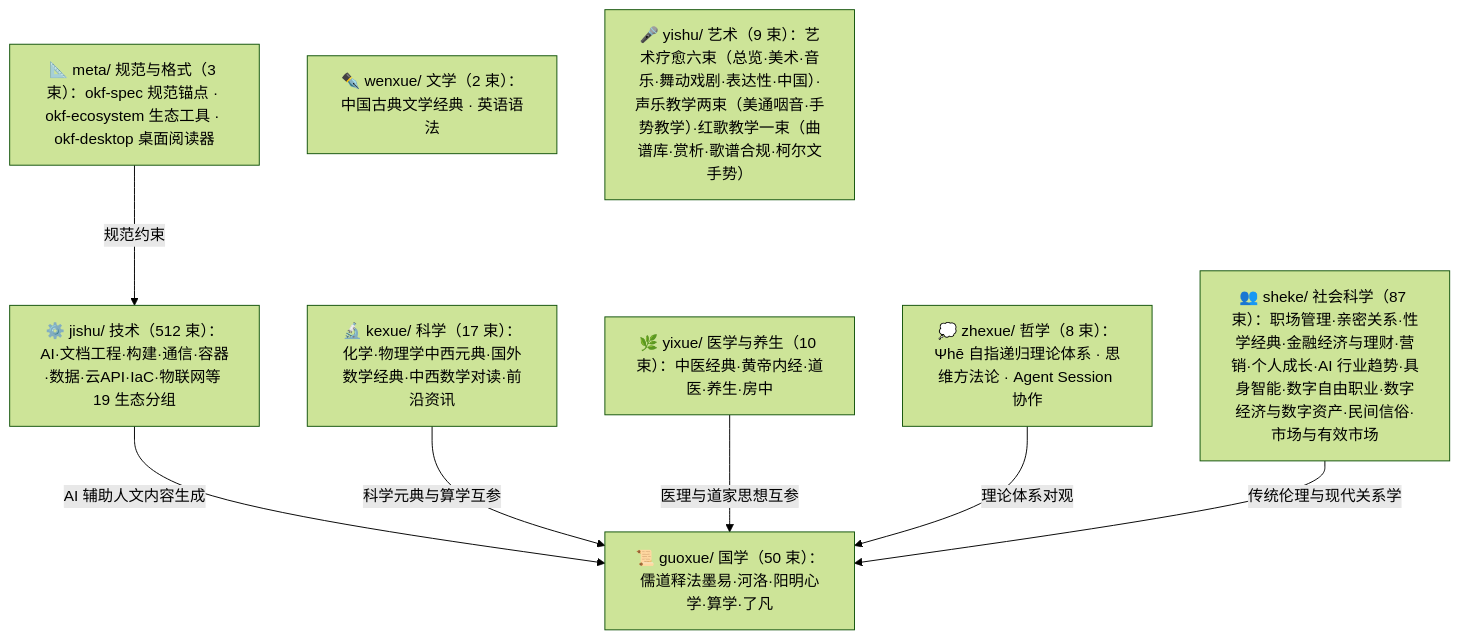
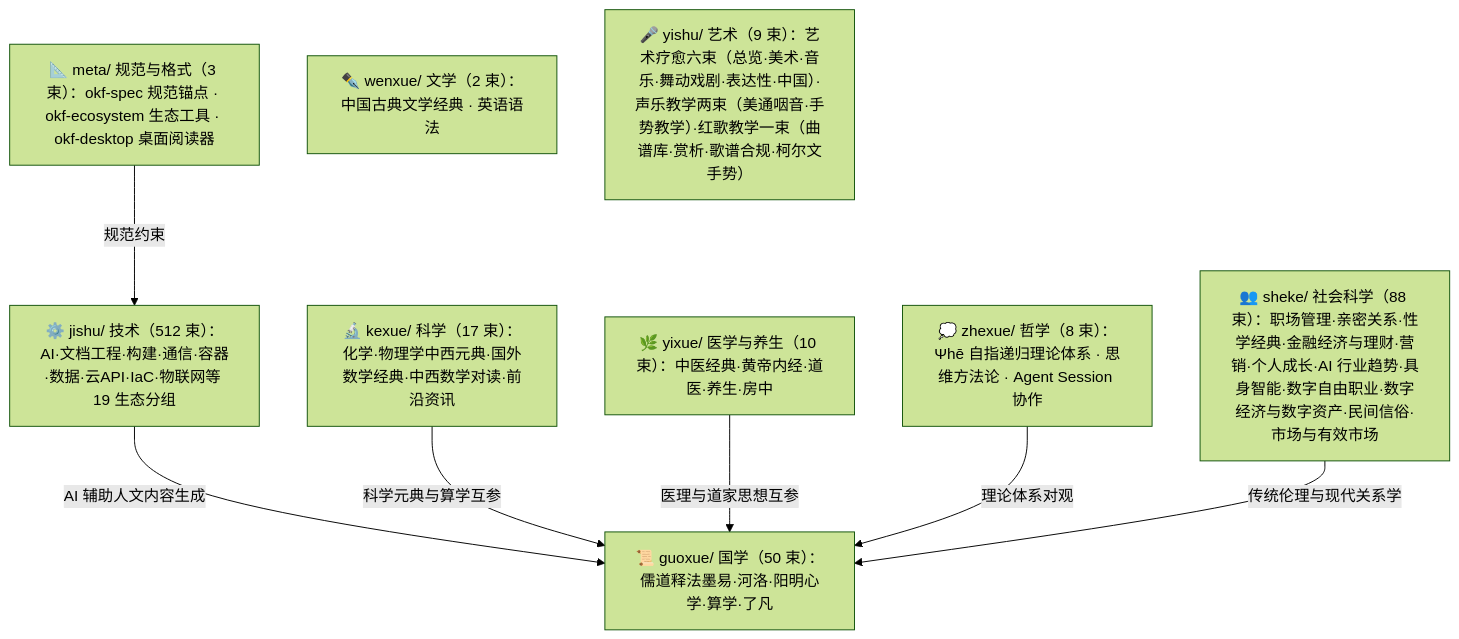
One commit to awesome-flexloop/awesome-okf changed the diagram in doc/bundles/index.md. Above: the diagram before and after it, drawn with Mermaid (forest theme). The commit also changed other lines of this file and 17 other files, not shown here.

````diff
--- a/doc/bundles/index.md
+++ b/doc/bundles/index.md
@@ -21,18 +21,18 @@
 ```mermaid
 flowchart TD
     meta["📐 meta/ 规范与格式（3 束）：okf-spec 规范锚点 · okf-ecosystem 生态工具 · okf-desktop 桌面阅读器"]
     guoxue["📜 guoxue/ 国学（50 束）：儒道释法墨易·河洛·阳明心学·算学·了凡"]
     zhexue["💭 zhexue/ 哲学（8 束）：Ψhē 自指递归理论体系 · 思维方法论 · Agent Session 协作"]
     kexue["🔬 kexue/ 科学（17 束）：化学·物理学中西元典·国外数学经典·中西数学对读·前沿资讯"]
     wenxue["✒️ wenxue/ 文学（2 束）：中国古典文学经典 · 英语语法"]
     yixue["🌿 yixue/ 医学与养生（10 束）：中医经典·黄帝内经·道医·养生·房中"]
-    sheke["👥 sheke/ 社会科学（87 束）：职场管理·亲密关系·性学经典·金融经济与理财·营销·个人成长·AI 行业趋势·具身智能·数字自由职业·数字经济与数字资产·民间信俗·市场与有效市场"]
+    sheke["👥 sheke/ 社会科学（88 束）：职场管理·亲密关系·性学经典·金融经济与理财·营销·个人成长·AI 行业趋势·具身智能·数字自由职业·数字经济与数字资产·民间信俗·市场与有效市场"]
     yishu["🎤 yishu/ 艺术（9 束）：艺术疗愈六束（总览·美术·音乐·舞动戏剧·表达性·中国）·声乐教学两束（美通咽音·手势教学）·红歌教学一束（曲谱库·赏析·歌谱合规·柯尔文手势）"]
     jishu["⚙️ jishu/ 技术（512 束）：AI·文档工程·构建·通信·容器·数据·云API·IaC·物联网等 19 生态分组"]
     meta -->|"规范约束"| jishu
     jishu -->|"AI 辅助人文内容生成"| guoxue
     kexue -->|"科学元典与算学互参"| guoxue
     yixue -->|"医理与道家思想互参"| guoxue
     zhexue -->|"理论体系对观"| guoxue
     sheke -->|"传统伦理与现代关系学"| guoxue
 ```
````
